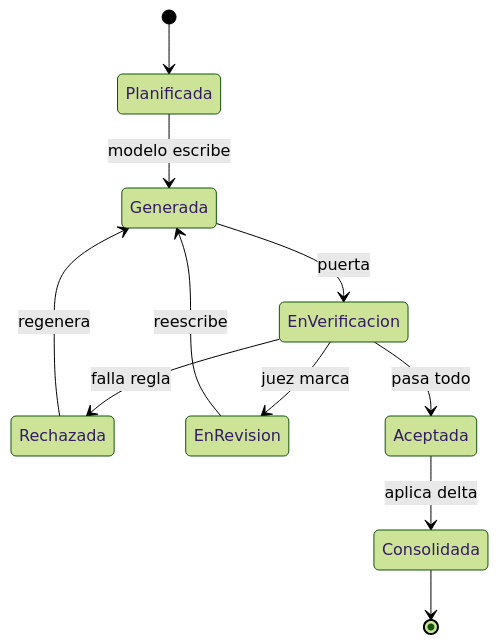
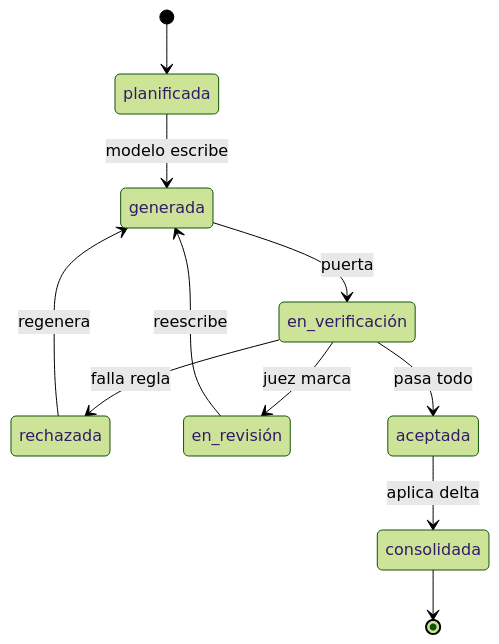
Before and after one commit to SantiagoEspinosa-ai/My_novel_story: the eighth of 9 diagrams in Docs/domain-knowledge.md, drawn with Mermaid (forest theme). The commit also changed other lines of this file and 9 other files, not shown here.

````diff
--- a/Docs/domain-knowledge.md
+++ b/Docs/domain-knowledge.md
@@ -149,13 +152,20 @@
 ```mermaid
 stateDiagram-v2
-  [*] --> Planificada
-  Planificada --> Generada: modelo escribe
-  Generada --> EnVerificacion: puerta
-  EnVerificacion --> Rechazada: falla regla
-  EnVerificacion --> EnRevision: juez marca
-  Rechazada --> Generada: regenera
-  EnRevision --> Generada: reescribe
-  EnVerificacion --> Aceptada: pasa todo
-  Aceptada --> Consolidada: aplica delta
-  Consolidada --> [*]
+  state "planificada" as planificada
+  state "generada" as generada
+  state "en_verificación" as en_verificacion
+  state "rechazada" as rechazada
+  state "en_revisión" as en_revision
+  state "aceptada" as aceptada
+  state "consolidada" as consolidada
+  [*] --> planificada
+  planificada --> generada: modelo escribe
+  generada --> en_verificacion: puerta
+  en_verificacion --> rechazada: falla regla
+  en_verificacion --> en_revision: juez marca
+  rechazada --> generada: regenera
+  en_revision --> generada: reescribe
+  en_verificacion --> aceptada: pasa todo
+  aceptada --> consolidada: aplica delta
+  consolidada --> [*]
 ```
````
